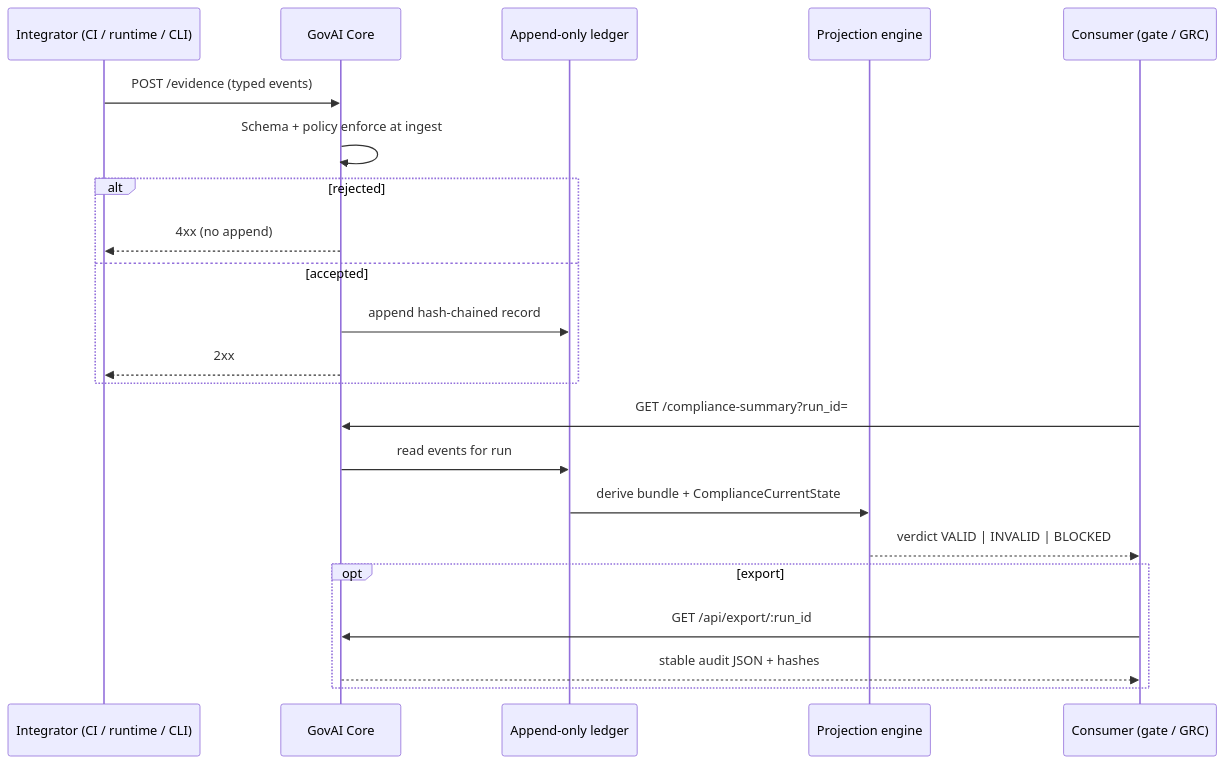
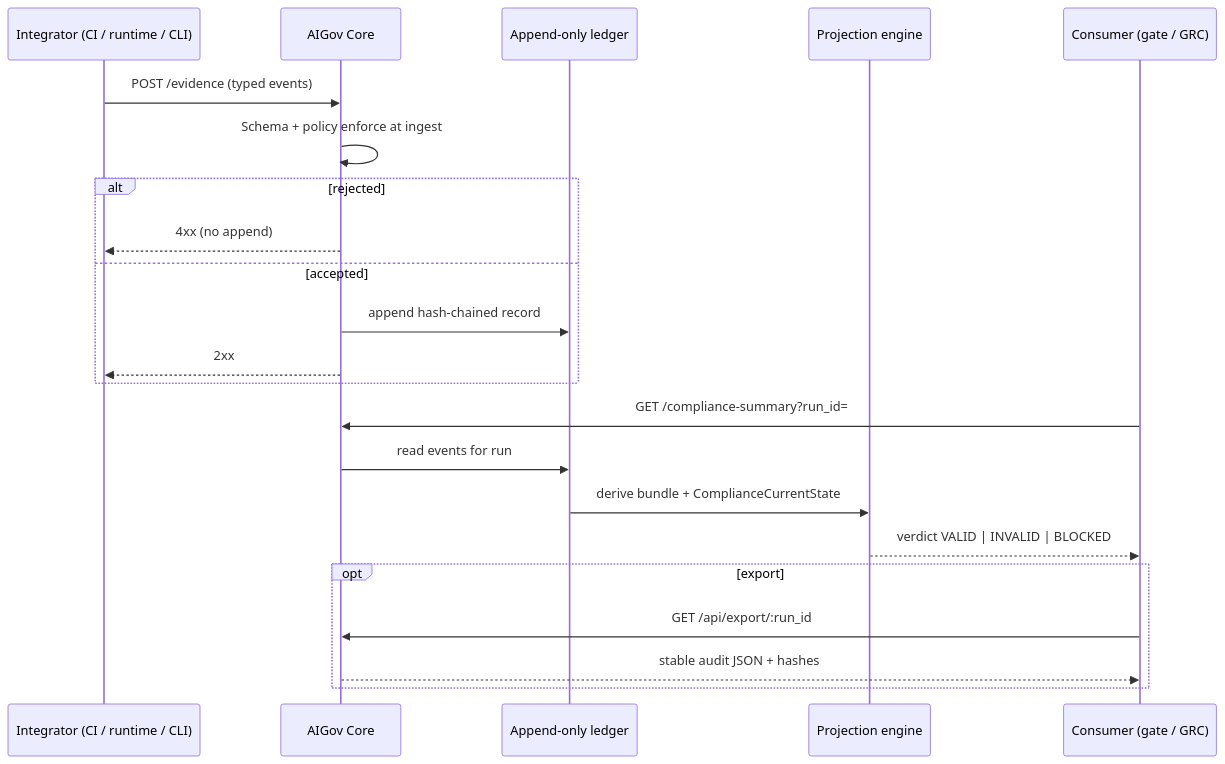
Before and after one commit to MonikaDvorackova/aigov-core: the diagram in docs/architecture/governance-execution-flow.md, drawn with Mermaid. The commit also changed 108 other files, not shown here.

````diff
--- a/docs/architecture/governance-execution-flow.md
+++ b/docs/architecture/governance-execution-flow.md
@@ -7,25 +7,25 @@
 ```mermaid
 sequenceDiagram
   participant Int as Integrator (CI / runtime / CLI)
-  participant Core as GovAI Core
+  participant Core as AIGov Core
   participant Ledger as Append-only ledger
   participant Proj as Projection engine
   participant Cons as Consumer (gate / GRC)
 
   Int->>Core: POST /evidence (typed events)
   Core->>Core: Schema + policy enforce at ingest
   alt rejected
     Core-->>Int: 4xx (no append)
   else accepted
     Core->>Ledger: append hash-chained record
     Core-->>Int: 2xx
   end
   Cons->>Core: GET /compliance-summary?run_id=
   Core->>Ledger: read events for run
   Ledger->>Proj: derive bundle + ComplianceCurrentState
   Proj-->>Cons: verdict VALID | INVALID | BLOCKED
   opt export
     Cons->>Core: GET /api/export/:run_id
     Core-->>Cons: stable audit JSON + hashes
   end
 ```
````
